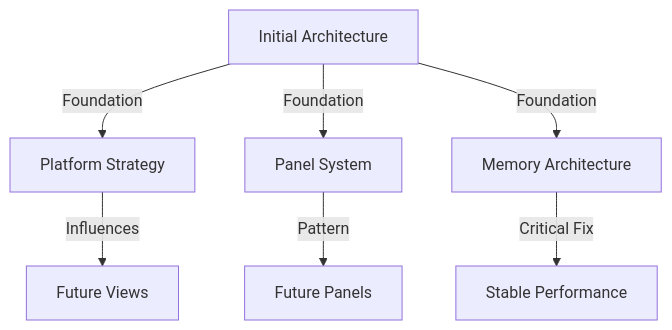
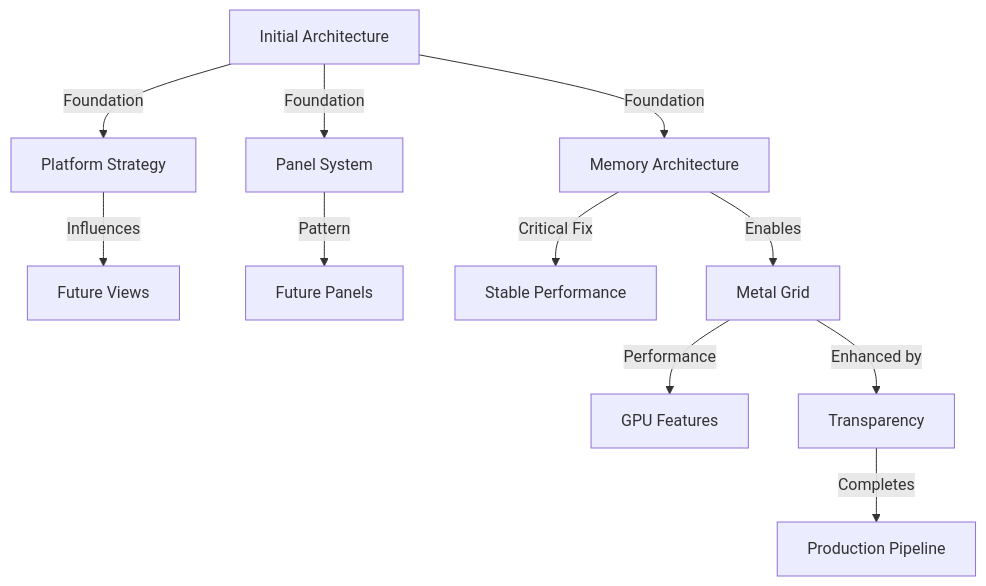
Before and after one commit to lithalean/GameCore: the diagram in Evolution.md, drawn with Mermaid. The commit also changed other lines of this file and 7 other files, not shown here.

````diff
--- a/Evolution.md
+++ b/Evolution.md
@@ -576,9 +887,13 @@
 ```mermaid
 graph TD
     A[Initial Architecture] -->|Foundation| B[Platform Strategy]
     A -->|Foundation| C[Panel System]
     A -->|Foundation| D[Memory Architecture]
     B -->|Influences| E[Future Views]
     C -->|Pattern| F[Future Panels]
     D -->|Critical Fix| G[Stable Performance]
+    D -->|Enables| H[Metal Grid]
+    H -->|Performance| I[GPU Features]
+    H -->|Enhanced by| J[Transparency]
+    J -->|Completes| K[Production Pipeline]
 ```
````
